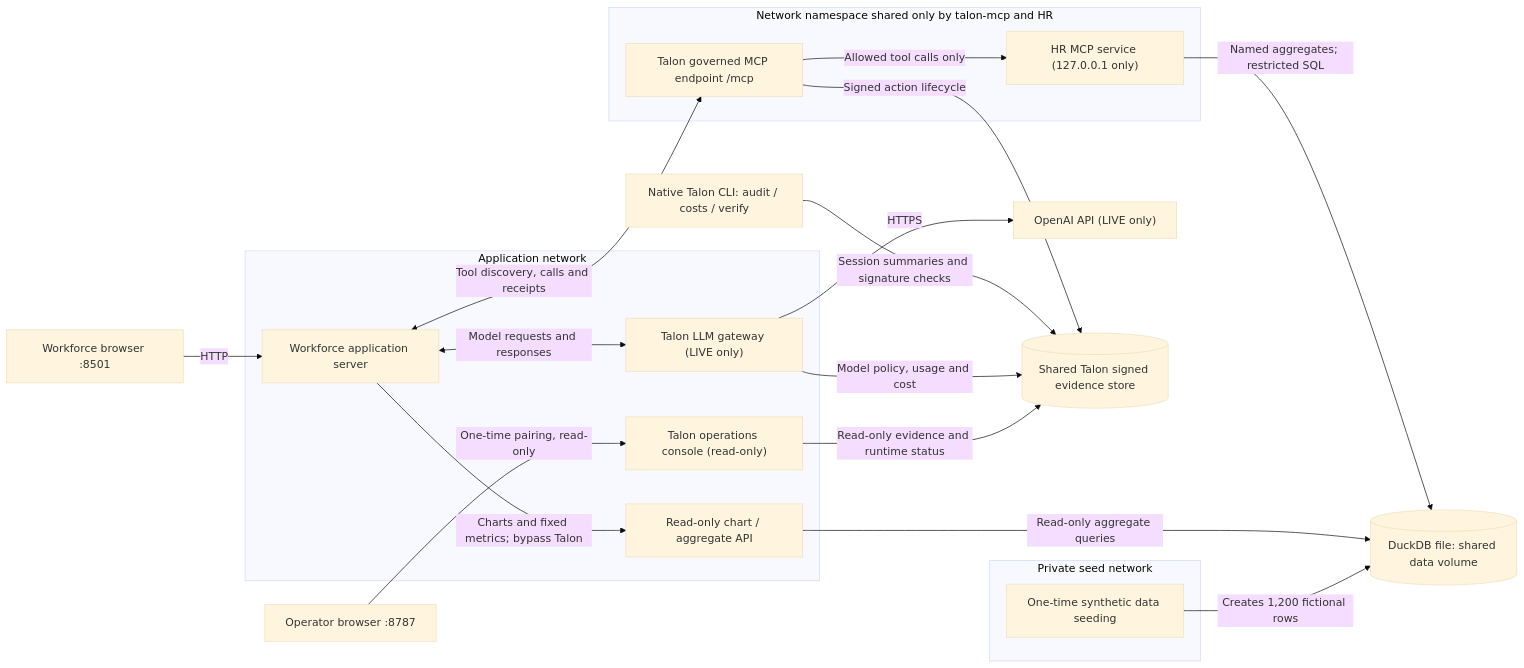
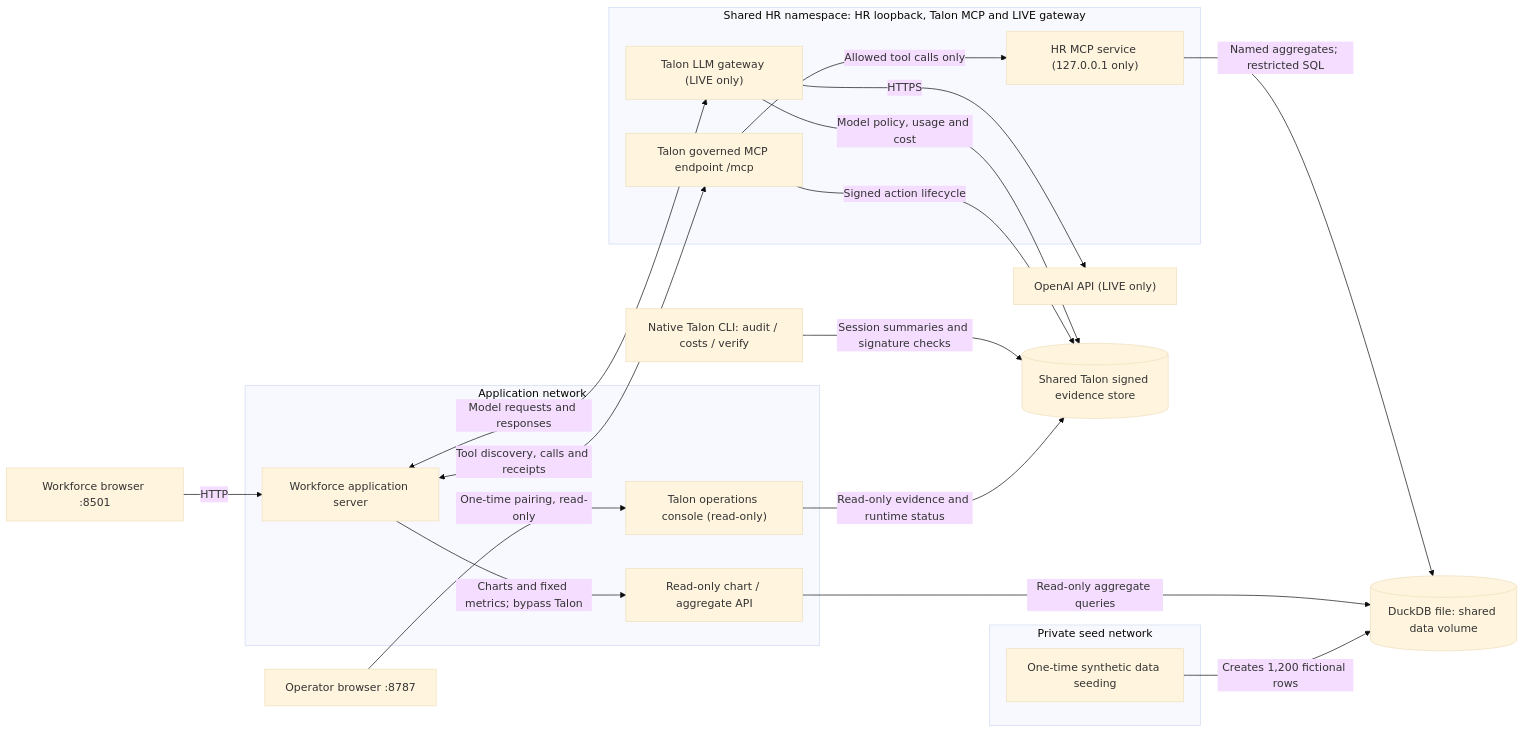
One commit to dativo-io/talon-full-demo changed the second of 3 diagrams in cases/people-analytics-copilot/README.md. Above: the diagram before and after it, drawn with Mermaid (base theme). The commit also changed other lines of this file, not shown here.

Commit message:
docs(hr): show both Talon processes inside shared private-HR namespace

````diff
--- a/cases/people-analytics-copilot/README.md
+++ b/cases/people-analytics-copilot/README.md
@@ -75,37 +75,37 @@
 ```mermaid
 flowchart LR
     B["Workforce browser :8501"]
     OperatorBrowser["Operator browser :8787"]
     subgraph AppNet["Application network"]
         W["Workforce application server"]
         A["Read-only chart / aggregate API"]
-        G["Talon LLM gateway (LIVE only)"]
         OC["Talon operations console (read-only)"]
     end
-    subgraph TalonNS["Network namespace shared only by talon-mcp and HR"]
+    subgraph TalonNS["Shared HR namespace: HR loopback, Talon MCP and LIVE gateway"]
         M["Talon governed MCP endpoint /mcp"]
+        G["Talon LLM gateway (LIVE only)"]
         H["HR MCP service (127.0.0.1 only)"]
     end
     subgraph HRNet["Private seed network"]
         Seed["One-time synthetic data seeding"]
     end
     D[("DuckDB file: shared data volume")]
     O["OpenAI API (LIVE only)"]
     E[("Shared Talon signed evidence store")]
     C["Native Talon CLI: audit / costs / verify"]
 
     Seed -->|"Creates 1,200 fictional rows"| D
     B -->|"HTTP"| W
     OperatorBrowser -->|"One-time pairing, read-only"| OC
     OC -->|"Read-only evidence and runtime status"| E
     W -->|"Charts and fixed metrics; bypass Talon"| A
     A -->|"Read-only aggregate queries"| D
     W <-->|"Tool discovery, calls and receipts"| M
     M -->|"Allowed tool calls only"| H
     H -->|"Named aggregates; restricted SQL"| D
     W <-->|"Model requests and responses"| G
     G -->|"HTTPS"| O
     M -->|"Signed action lifecycle"| E
     G -->|"Model policy, usage and cost"| E
     C -->|"Session summaries and signature checks"| E
 ```
````
